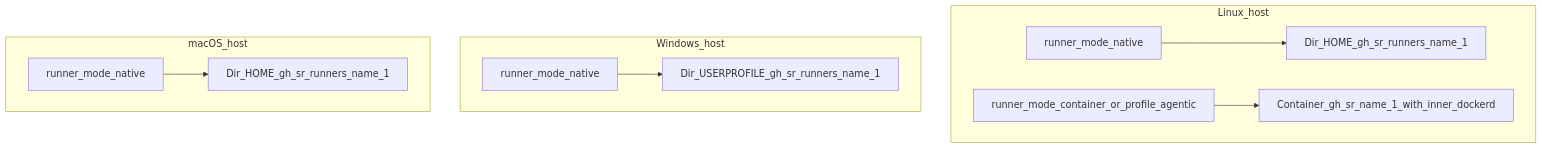
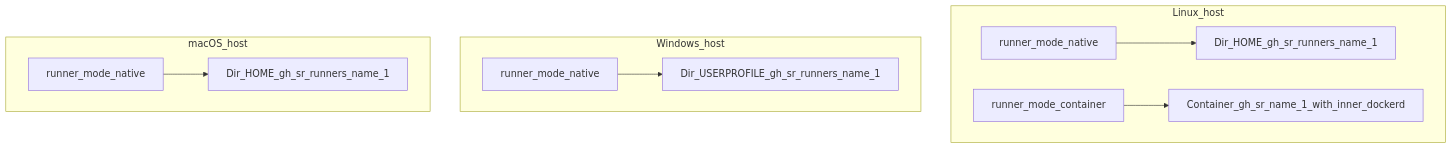
One commit to an-lee/gh-sr changed the second of 5 diagrams in docs/content/architecture.md. Above: the diagram before and after it, drawn with Mermaid. The commit also changed other lines of this file and 69 other files, not shown here.

````diff
--- a/docs/content/architecture.md
+++ b/docs/content/architecture.md
@@ -42,17 +42,17 @@
 ```mermaid
 flowchart TB
   subgraph linuxHost [Linux_host]
     ln[runner_mode_native]
-    lc[runner_mode_container_or_profile_agentic]
+    lc[runner_mode_container]
     ln --> d1[Dir_HOME_gh_sr_runners_name_1]
     lc --> c1[Container_gh_sr_name_1_with_inner_dockerd]
   end
   subgraph winHost [Windows_host]
     wn[runner_mode_native]
     wn --> wd1[Dir_USERPROFILE_gh_sr_runners_name_1]
   end
   subgraph macHost [macOS_host]
     mn[runner_mode_native]
     mn --> md1[Dir_HOME_gh_sr_runners_name_1]
   end
 ```
````
